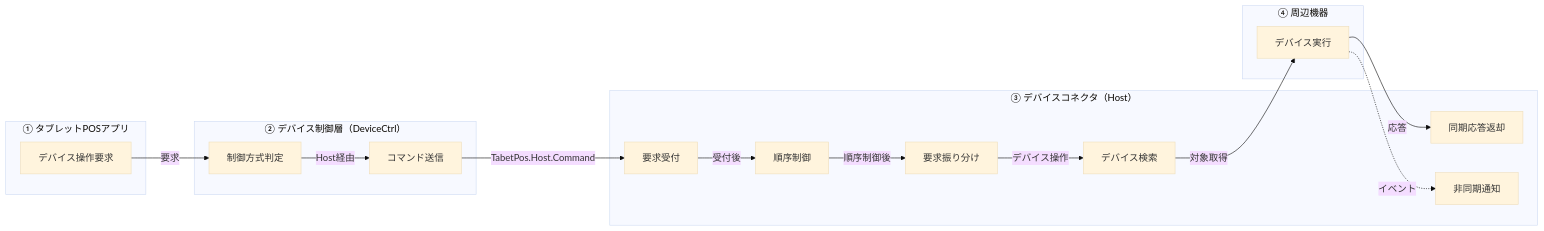
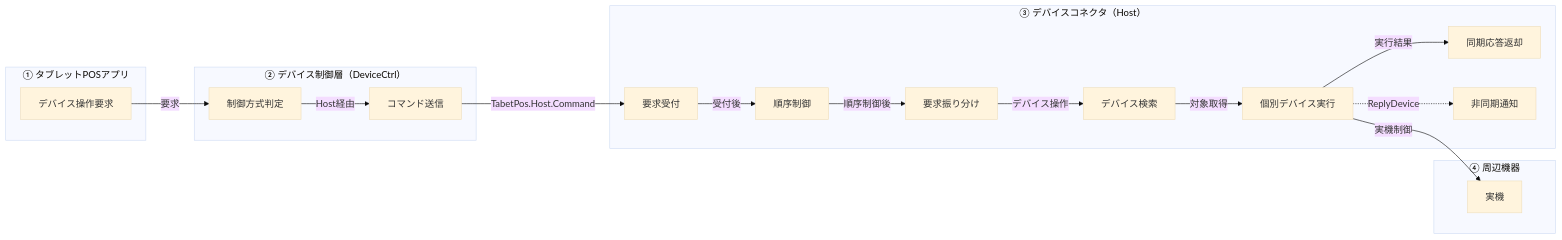
The second of 3 diagrams in artifacts/reports/architecture/ARCH-HOST-01_タブレットPOS_デバイスコネクタ基本設計書/ARCH-HOST-01_タブレットPOS_デバイスコネクタ基本設計書.md (vti-sam/smj-ks-pos-stored), drawn with Mermaid (base theme) before and after one commit. The commit also changed other lines of this file and 23 other files, not shown here.

````diff
--- a/artifacts/reports/architecture/ARCH-HOST-01_タブレットPOS_デバイスコネクタ基本設計書/ARCH-HOST-01_タブレットPOS_デバイスコネクタ基本設計書.md
+++ b/artifacts/reports/architecture/ARCH-HOST-01_タブレットPOS_デバイスコネクタ基本設計書/ARCH-HOST-01_タブレットPOS_デバイスコネクタ基本設計書.md
@@ -245,30 +249,32 @@
 ```mermaid
 flowchart LR
     subgraph APP["① タブレットPOSアプリ"]
         S1["デバイス操作要求"]
     end
     subgraph CTRL["② デバイス制御層（DeviceCtrl）"]
         S2["制御方式判定"]
         S3["コマンド送信"]
     end
     subgraph HOST["③ デバイスコネクタ（Host）"]
         S4["要求受付"]
         S5["順序制御"]
         S6["要求振り分け"]
         S7["デバイス検索"]
+        S8["個別デバイス実行"]
         S9["同期応答返却"]
         S10["非同期通知"]
     end
     subgraph DEVICE["④ 周辺機器"]
-        S8["デバイス実行"]
+        S11["実機"]
     end
     S1 -->|要求| S2
     S2 -->|Host経由| S3
     S3 -->|TabetPos.Host.Command| S4
     S4 -->|受付後| S5
     S5 -->|順序制御後| S6
     S6 -->|デバイス操作| S7
     S7 -->|対象取得| S8
-    S8 -->|応答| S9
-    S8 -.->|イベント| S10
+    S8 -->|実機制御| S11
+    S8 -->|実行結果| S9
+    S8 -.->|ReplyDevice| S10
 ```
````
